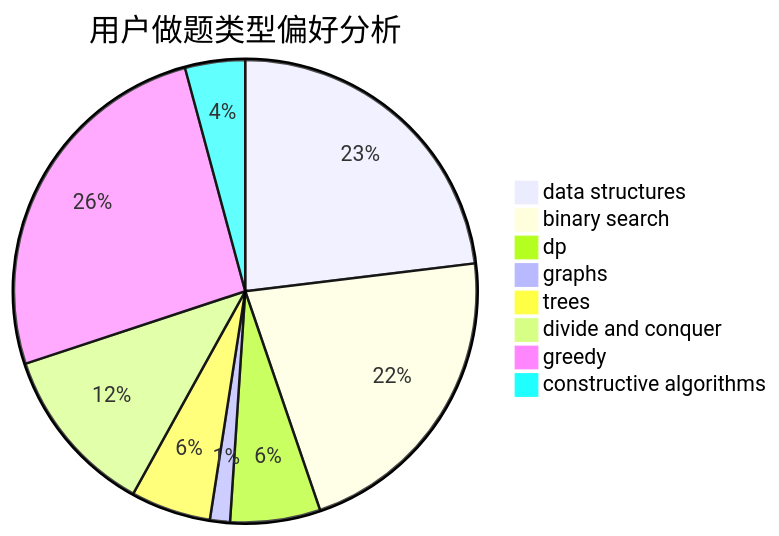
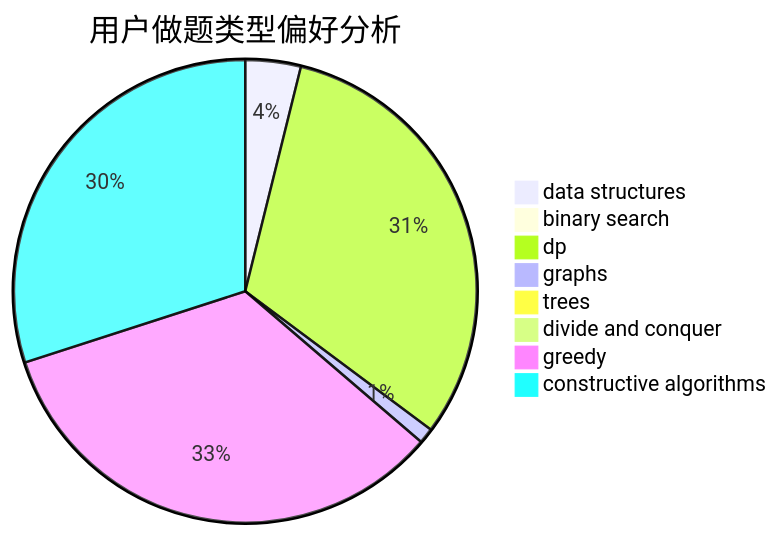
One commit to sherpahu/cfrs.github.io changed the second of 3 diagrams in docs/user/u2272.md. Above: the diagram before and after it, drawn with Mermaid. The commit also changed other lines of this file and 2770 other files, not shown here.

````diff
--- a/docs/user/u2272.md
+++ b/docs/user/u2272.md
@@ -23,11 +23,11 @@
 ```mermaid
 pie title 用户做题类型偏好分析
-    "data structures" :  33
-    "binary search" :  31
-    "dp" :  9
-    "graphs" :  2
+    "data structures" :  43
+    "binary search" :  8
+    "dp" :  348
+    "graphs" :  12
     "trees" :  8
-    "divide and conquer" :  17
-    "greedy" :  37
-    "constructive algorithms" :  6
+    "divide and conquer" :  0
+    "greedy" :  375
+    "constructive algorithms" :  333
 ```
````
